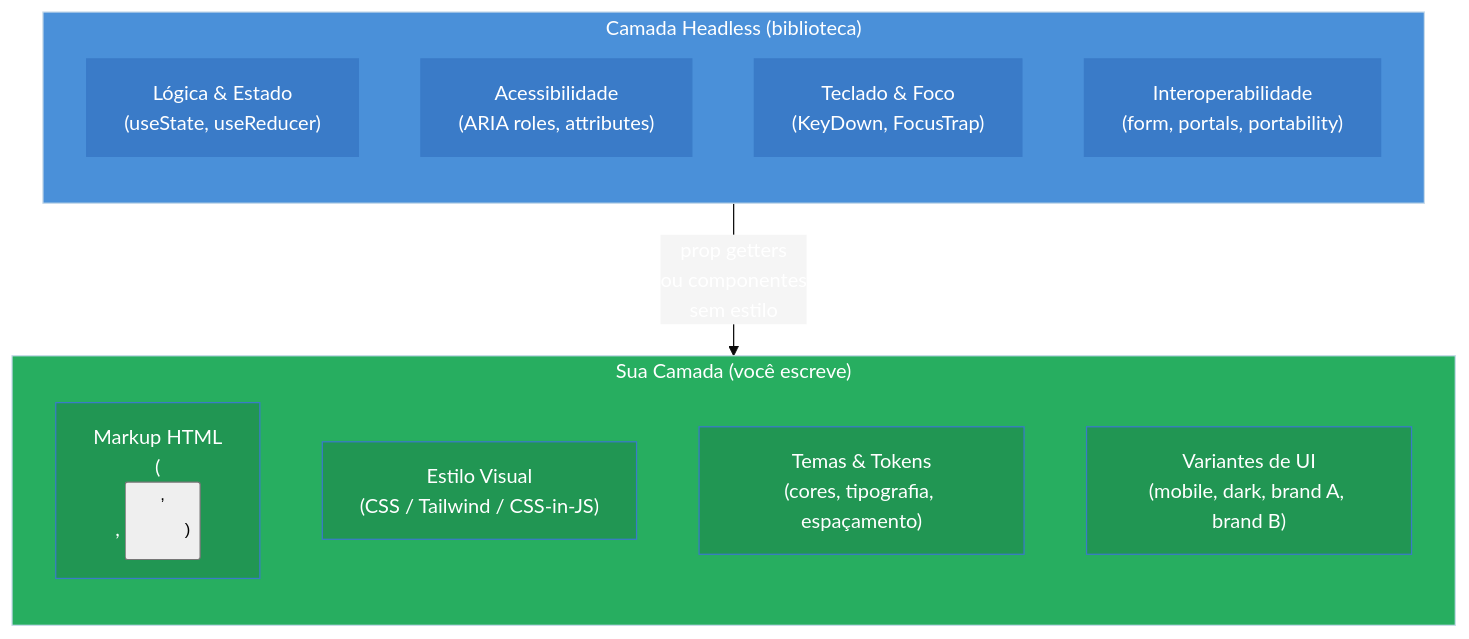
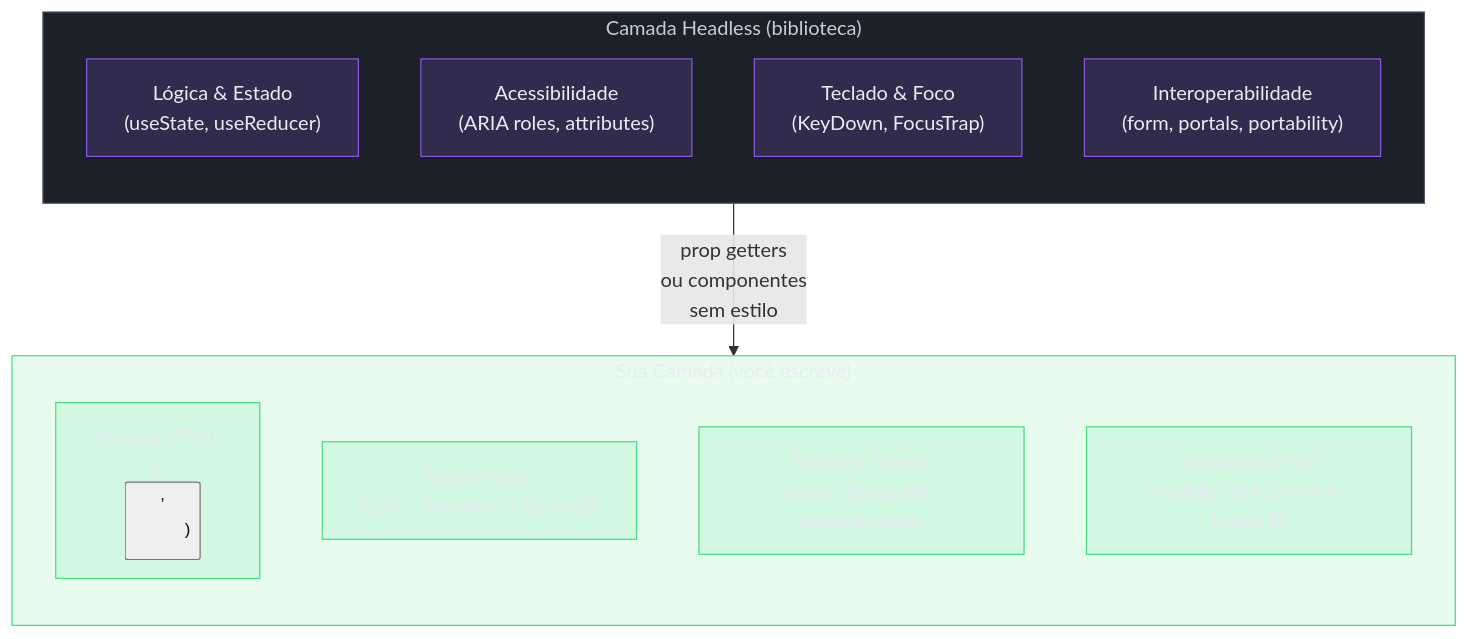
The diagram in 03-Dominios/Tecnologia/React/Design Patterns/11 - Headless components e headless hooks.md (josenaldo/codex-technomanticus), drawn with Mermaid before and after one commit. The commit also changed 1181 other files, not shown here.

First line of the commit message:
fix(diagramas): paleta do sistema no lugar de cor cravada no markdown

````diff
--- a/03-Dominios/Tecnologia/React/Design Patterns/11 - Headless components e headless hooks.md
+++ b/03-Dominios/Tecnologia/React/Design Patterns/11 - Headless components e headless hooks.md
@@ -343,32 +343,34 @@
 ```mermaid
-%%{init: {"theme": "base", "themeVariables": {"primaryColor": "#4A90D9", "primaryTextColor": "#ffffff", "primaryBorderColor": "#3A7BC8", "secondaryColor": "#F5F5F5", "tertiaryColor": "#E8F4FD"}}}%%
 graph TB
+    classDef neutro fill:#1B2029,stroke:#4E5666,color:#C6CCD8
+    classDef ok fill:#4ADE8021,stroke:#4ADE80,color:#E9ECF2
+    classDef marca fill:#8855DF33,stroke:#8855DF,color:#E9ECF2
     subgraph HEADLESS ["Camada Headless (biblioteca)"]
         direction TB
         L["Lógica & Estado\n(useState, useReducer)"]
         A["Acessibilidade\n(ARIA roles, attributes)"]
         K["Teclado & Foco\n(KeyDown, FocusTrap)"]
         I["Interoperabilidade\n(form, portals, portability)"]
     end
 
     subgraph SEU ["Sua Camada (você escreve)"]
         direction TB
         M["Markup HTML\n(<div>, <button>, <ul>)"]
         E["Estilo Visual\n(CSS / Tailwind / CSS-in-JS)"]
         T["Temas & Tokens\n(cores, tipografia, espaçamento)"]
         B["Variantes de UI\n(mobile, dark, brand A, brand B)"]
     end
 
     HEADLESS -->|"prop getters\nou componentes\nsem estilo"| SEU
 
-    style HEADLESS fill:#4A90D9,color:#ffffff
-    style SEU fill:#27AE60,color:#ffffff
-    style L fill:#3A7BC8,color:#ffffff
-    style A fill:#3A7BC8,color:#ffffff
-    style K fill:#3A7BC8,color:#ffffff
-    style I fill:#3A7BC8,color:#ffffff
-    style M fill:#219653,color:#ffffff
-    style E fill:#219653,color:#ffffff
-    style T fill:#219653,color:#ffffff
-    style B fill:#219653,color:#ffffff
+    class HEADLESS neutro
+    class SEU ok
+    class L marca
+    class A marca
+    class K marca
+    class I marca
+    class M ok
+    class E ok
+    class T ok
+    class B ok
 ```
````
